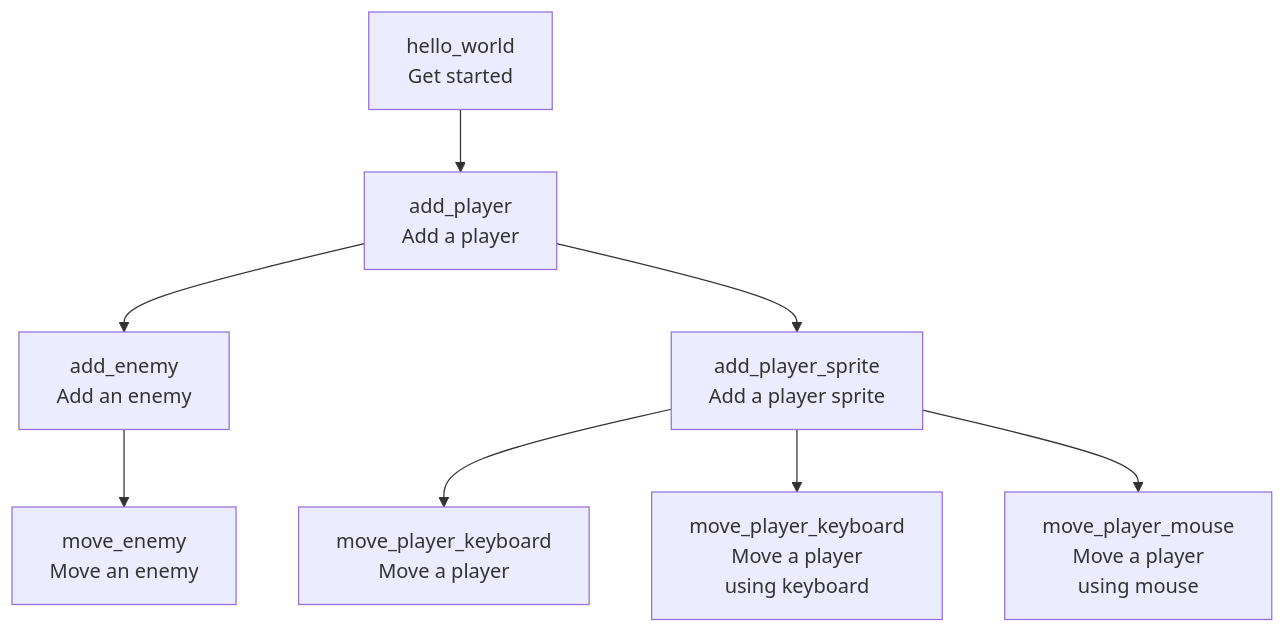
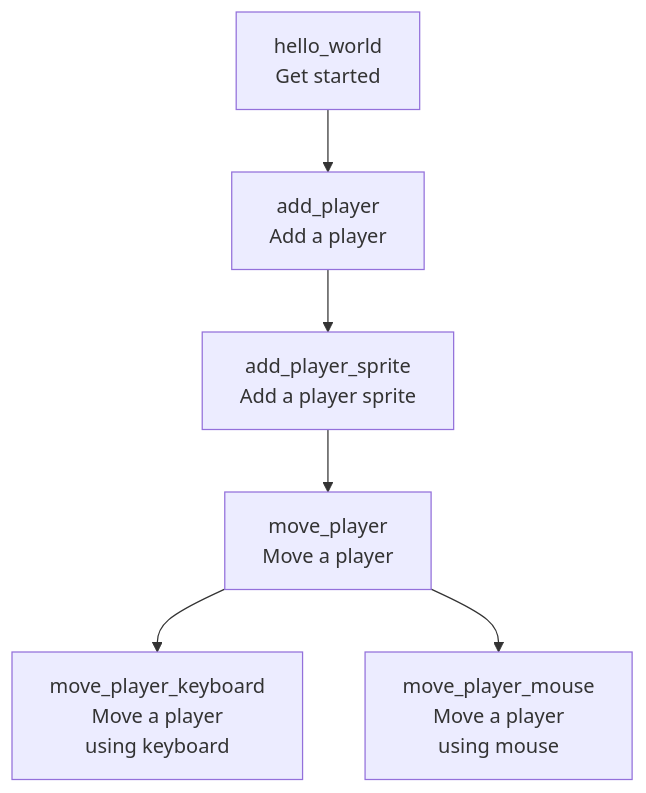
Before and after one commit to richelbilderbeek/bevy_tdd_book: the diagram in README.md, drawn with Mermaid. The commit also changed other lines of this file, not shown here.

````diff
--- a/README.md
+++ b/README.md
@@ -19,21 +19,16 @@
 ```mermaid
 flowchart TD
     hello_world[hello_world\nGet started]
     add_player[add_player\nAdd a player]
     add_player_sprite[add_player_sprite\nAdd a player sprite]
-    add_enemy[add_enemy\nAdd an enemy]
-    move_enemy[move_enemy\nMove an enemy]
-    move_player[move_player_keyboard\nMove a player]
+    move_player[move_player\nMove a player]
     move_player_keyboard[move_player_keyboard\nMove a player\nusing keyboard]
     move_player_mouse[move_player_mouse\nMove a player\nusing mouse]
 
     hello_world --> add_player
-    add_player --> add_enemy
-
-    add_enemy --> move_enemy
 
     add_player --> add_player_sprite
     add_player_sprite --> move_player
-    add_player_sprite --> move_player_keyboard
-    add_player_sprite --> move_player_mouse
+    move_player --> move_player_keyboard
+    move_player --> move_player_mouse
 ```
````
